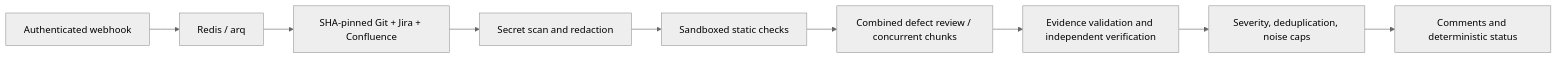
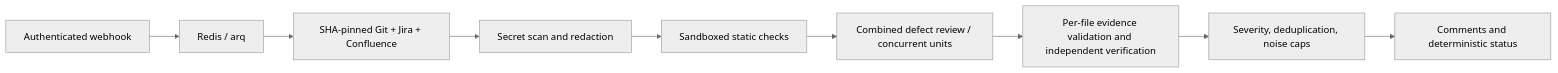
Before and after one commit to amir-99/Code-Reviewer: the diagram in README.md, drawn with Mermaid (neutral theme). The commit also changed other lines of this file, not shown here.

First line of the commit message:
docs(readme): bring the README up to date with the current review

````diff
--- a/README.md
+++ b/README.md
@@ -262,11 +277,11 @@
 ```mermaid
 flowchart LR
   Hook[Authenticated webhook] --> Queue[Redis / arq]
   Queue --> Context[SHA-pinned Git + Jira + Confluence]
   Context --> Secrets[Secret scan and redaction]
   Secrets --> Static[Sandboxed static checks]
-  Static --> Defects[Combined defect review / concurrent chunks]
-  Defects --> Validate[Evidence validation and independent verification]
+  Static --> Defects[Combined defect review / concurrent units]
+  Defects --> Validate[Per-file evidence validation and independent verification]
   Validate --> Policy[Severity, deduplication, noise caps]
   Policy --> Publish[Comments and deterministic status]
 ```
````
